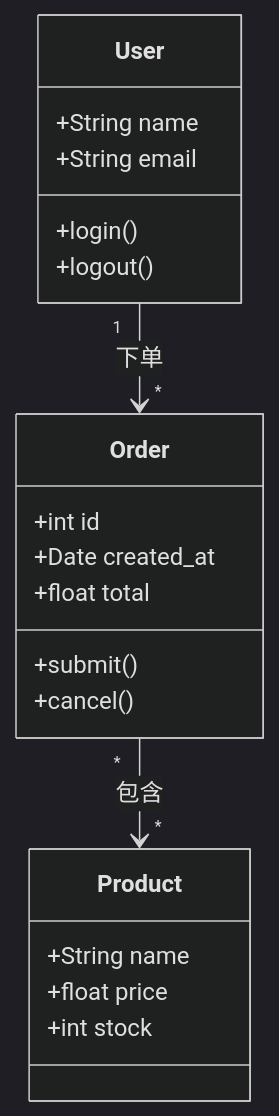
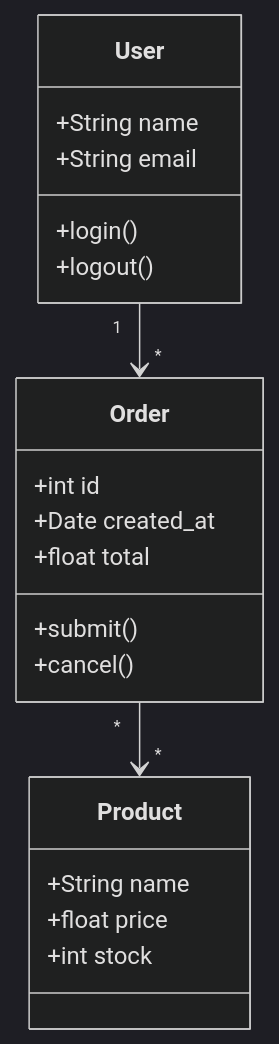
Before and after one commit to origin-labs-ai/xee-code: the sixth of 15 diagrams in skills/charts/references/mermaid.md, drawn with Mermaid (dark theme). The commit also changed other lines of this file and 6527 other files, not shown here.

````diff
--- a/skills/charts/references/mermaid.md
+++ b/skills/charts/references/mermaid.md
@@ -398,24 +398,24 @@
 ```mermaid
 classDiagram
     class User {
         +String name
         +String email
         +login()
         +logout()
     }
     class Order {
         +int id
         +Date created_at
         +float total
         +submit()
         +cancel()
     }
     class Product {
         +String name
         +float price
         +int stock
     }
 
-    User "1" --> "*" Order : 下单
-    Order "*" --> "*" Product : 包含
+    User "1" --> "*" Order : 
+    Order "*" --> "*" Product : 
 ```
````
